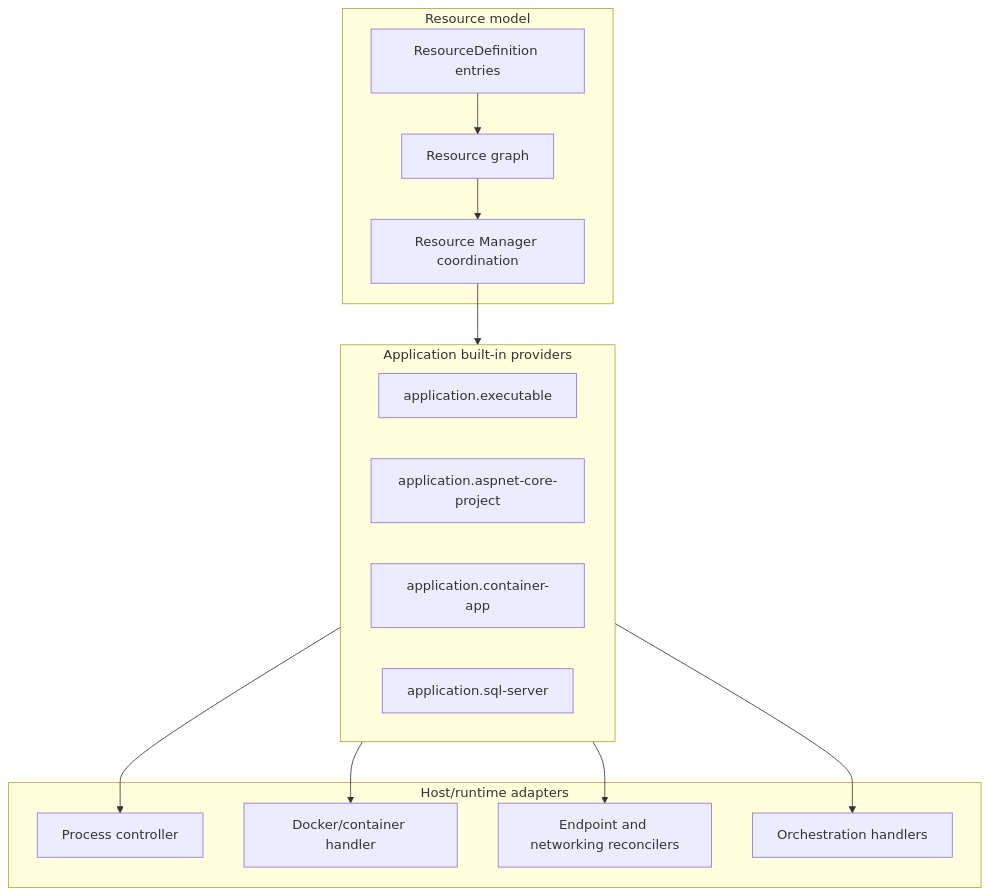
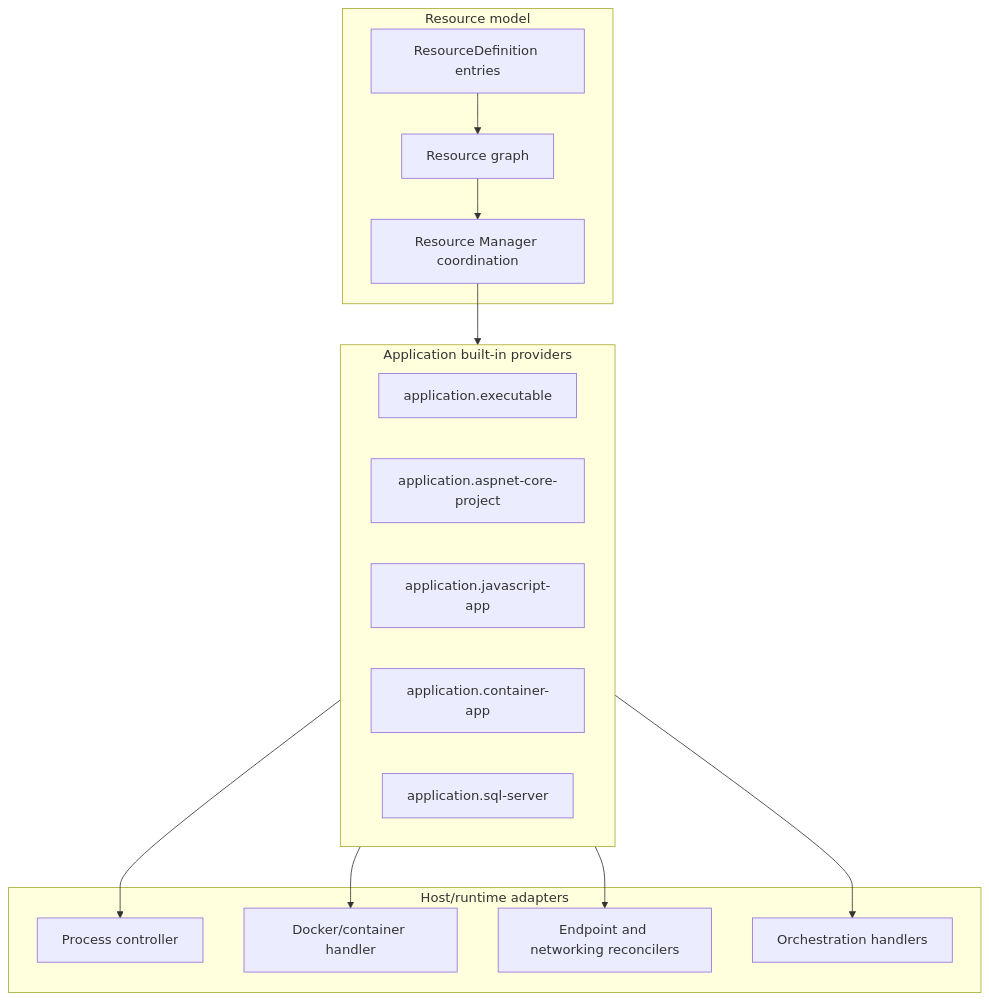
One commit to marinasundstrom/CloudShell changed the diagram in docs/resources/application-resources.md. Above: the diagram before and after it, drawn with Mermaid. The commit also changed other lines of this file and 18 other files, not shown here.

Commit message:
Add JavaScript app resource type

````diff
--- a/docs/resources/application-resources.md
+++ b/docs/resources/application-resources.md
@@ -56,30 +59,31 @@
 ```mermaid
 flowchart TB
     subgraph ResourceModel["Resource model"]
         Definition["ResourceDefinition entries"]
         Graph["Resource graph"]
         ResourceManager["Resource Manager coordination"]
     end
 
     subgraph Providers["Application built-in providers"]
         Executable["application.executable"]
         AspNet["application.aspnet-core-project"]
+        JavaScript["application.javascript-app"]
         Container["application.container-app"]
         SqlServer["application.sql-server"]
     end
 
     subgraph Runtime["Host/runtime adapters"]
         Process["Process controller"]
         Docker["Docker/container handler"]
         Network["Endpoint and networking reconcilers"]
         Orchestrator["Orchestration handlers"]
     end
 
     Definition --> Graph
     Graph --> ResourceManager
     ResourceManager --> Providers
     Providers --> Process
     Providers --> Docker
     Providers --> Network
     Providers --> Orchestrator
 ```
````
